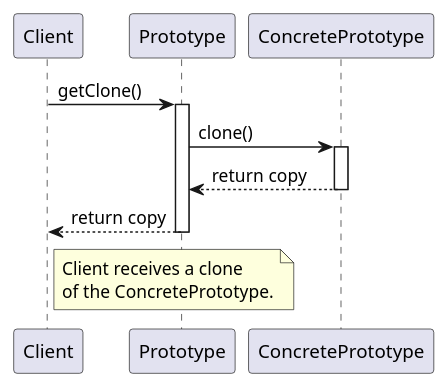
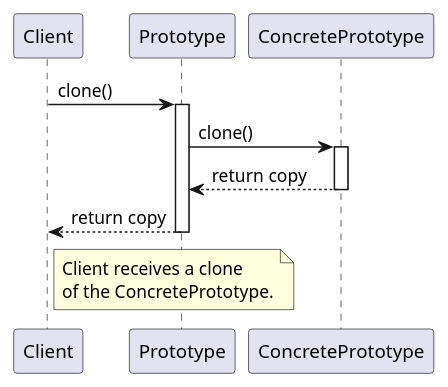
Before and after one commit to Gabriel-SoftwareAG/DesignPatterns: the diagram in Patterns/Manuscript/manuscript/plantUml/prototype_sequence_diagram.plantuml, drawn with PlantUML. The commit also changed 11 other files, not shown here.

```diff
--- a/Patterns/Manuscript/manuscript/plantUml/prototype_sequence_diagram.plantuml
+++ b/Patterns/Manuscript/manuscript/plantUml/prototype_sequence_diagram.plantuml
@@ -1,18 +1,18 @@
 @startuml PrototypePatternSequenceDiagram
 
 participant Client
 participant "Prototype" as Prototype
 participant "ConcretePrototype" as ConcretePrototype
 
-Client -> Prototype : getClone()
+Client -> Prototype : clone()
 activate Prototype
 Prototype -> ConcretePrototype : clone()
 activate ConcretePrototype
 ConcretePrototype --> Prototype : return copy
 deactivate ConcretePrototype
 Prototype --> Client : return copy
 deactivate Prototype
 
 note right of Client : Client receives a clone\nof the ConcretePrototype.
 
 @enduml
```
